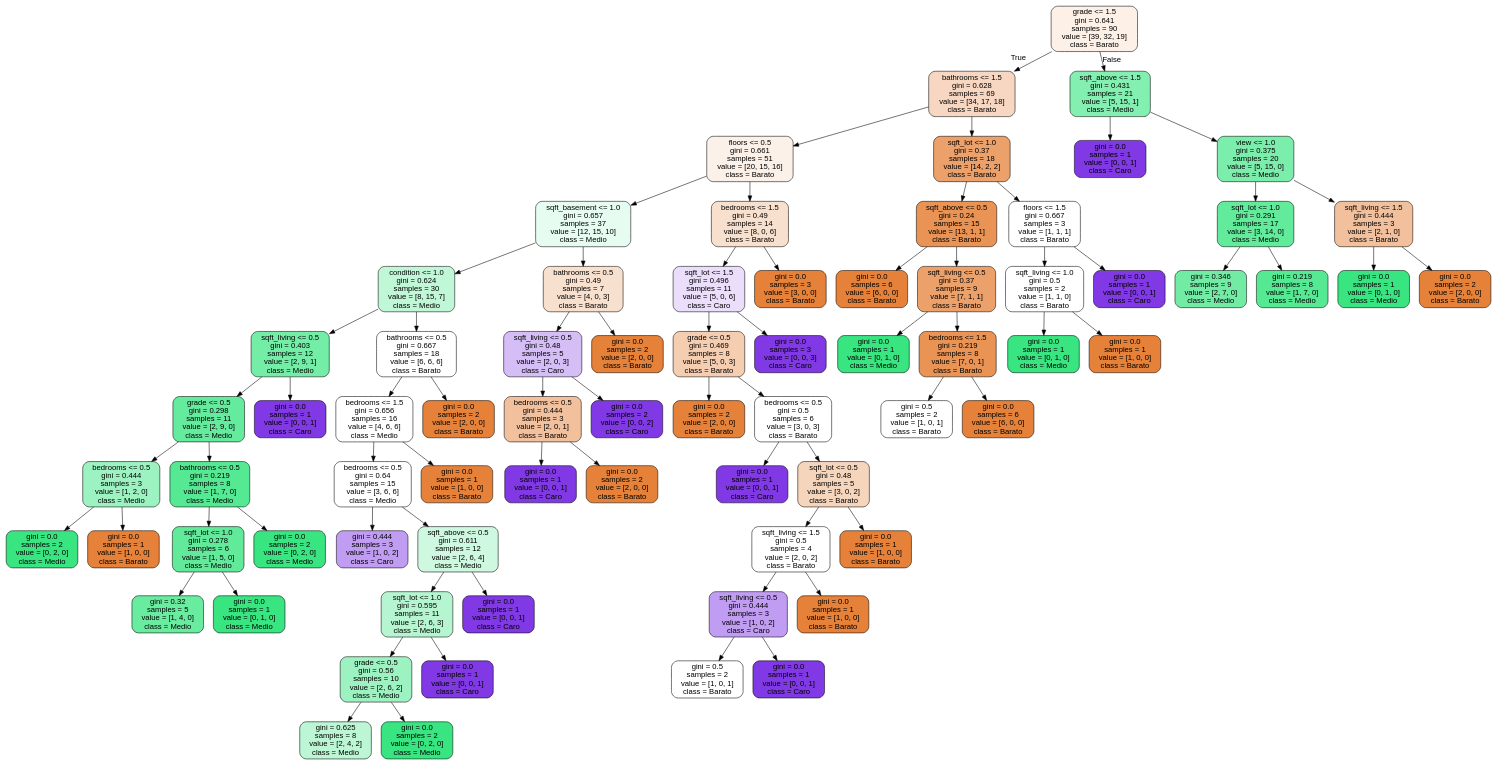
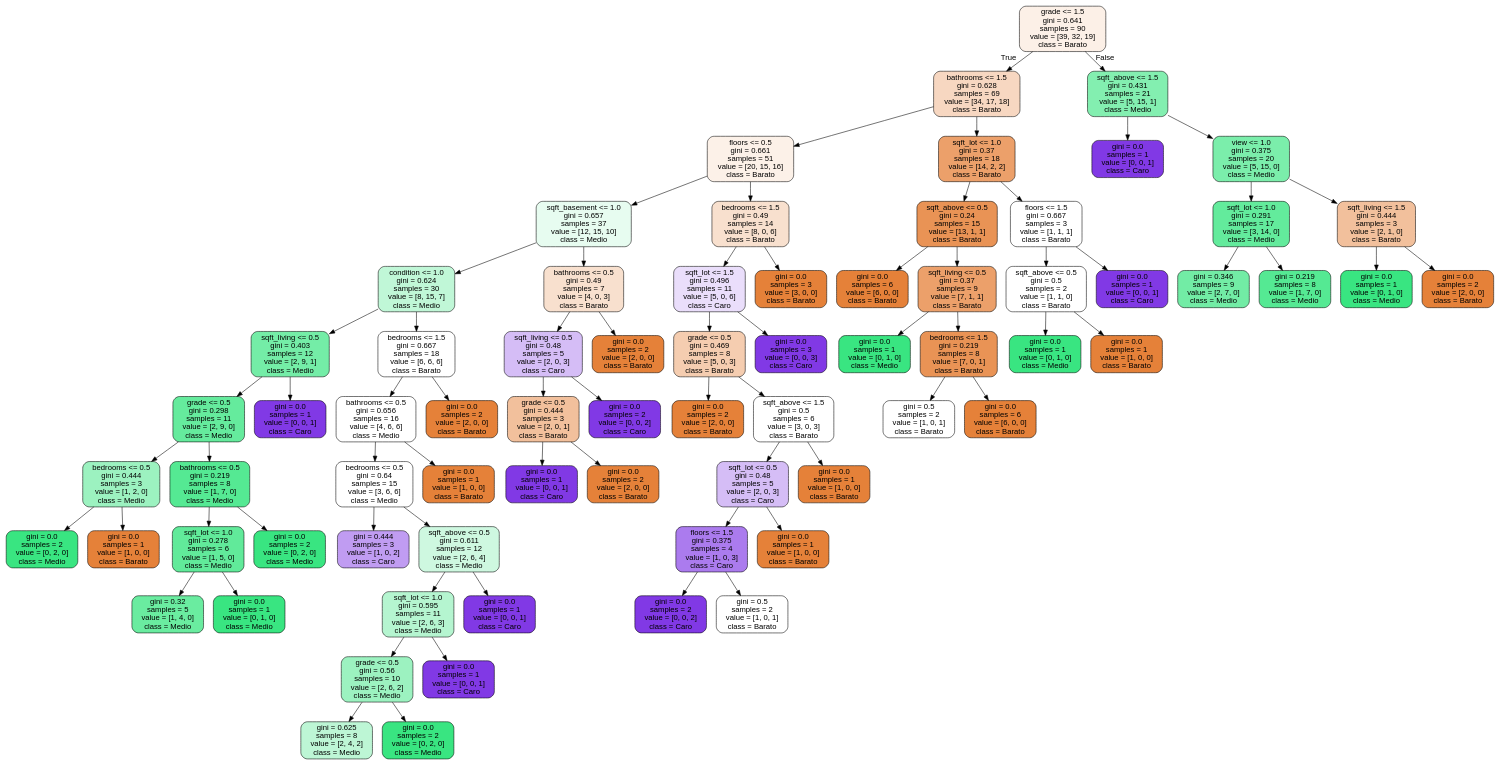
The diagram in chat_bot/aula1.dot (Costa-amanda/chatbot_pe), drawn with Graphviz before and after one commit. The commit also changed 7 other files, not shown here.

```diff
--- a/chat_bot/aula1.dot
+++ b/chat_bot/aula1.dot
@@ -1,149 +1,145 @@
 digraph Tree {
 node [shape=box, style="filled, rounded", color="black", fontname=helvetica] ;
 edge [fontname=helvetica] ;
 0 [label="grade <= 1.5\ngini = 0.641\nsamples = 90\nvalue = [39, 32, 19]\nclass = Barato", fillcolor="#fcf0e7"] ;
 1 [label="bathrooms <= 1.5\ngini = 0.628\nsamples = 69\nvalue = [34, 17, 18]\nclass = Barato", fillcolor="#f7d7c1"] ;
 0 -> 1 [labeldistance=2.5, labelangle=45, headlabel="True"] ;
 2 [label="floors <= 0.5\ngini = 0.661\nsamples = 51\nvalue = [20, 15, 16]\nclass = Barato", fillcolor="#fcf1e8"] ;
 1 -> 2 ;
 3 [label="sqft_basement <= 1.0\ngini = 0.657\nsamples = 37\nvalue = [12, 15, 10]\nclass = Medio", fillcolor="#e7fcf0"] ;
 2 -> 3 ;
 4 [label="condition <= 1.0\ngini = 0.624\nsamples = 30\nvalue = [8, 15, 7]\nclass = Medio", fillcolor="#c0f7d7"] ;
 3 -> 4 ;
 5 [label="sqft_living <= 0.5\ngini = 0.403\nsamples = 12\nvalue = [2, 9, 1]\nclass = Medio", fillcolor="#74eda7"] ;
 4 -> 5 ;
 6 [label="grade <= 0.5\ngini = 0.298\nsamples = 11\nvalue = [2, 9, 0]\nclass = Medio", fillcolor="#65eb9d"] ;
 5 -> 6 ;
 7 [label="bedrooms <= 0.5\ngini = 0.444\nsamples = 3\nvalue = [1, 2, 0]\nclass = Medio", fillcolor="#9cf2c0"] ;
 6 -> 7 ;
 8 [label="gini = 0.0\nsamples = 2\nvalue = [0, 2, 0]\nclass = Medio", fillcolor="#39e581"] ;
 7 -> 8 ;
 9 [label="gini = 0.0\nsamples = 1\nvalue = [1, 0, 0]\nclass = Barato", fillcolor="#e58139"] ;
 7 -> 9 ;
 10 [label="bathrooms <= 0.5\ngini = 0.219\nsamples = 8\nvalue = [1, 7, 0]\nclass = Medio", fillcolor="#55e993"] ;
 6 -> 10 ;
 11 [label="sqft_lot <= 1.0\ngini = 0.278\nsamples = 6\nvalue = [1, 5, 0]\nclass = Medio", fillcolor="#61ea9a"] ;
 10 -> 11 ;
 12 [label="gini = 0.32\nsamples = 5\nvalue = [1, 4, 0]\nclass = Medio", fillcolor="#6aeca0"] ;
 11 -> 12 ;
 13 [label="gini = 0.0\nsamples = 1\nvalue = [0, 1, 0]\nclass = Medio", fillcolor="#39e581"] ;
 11 -> 13 ;
 14 [label="gini = 0.0\nsamples = 2\nvalue = [0, 2, 0]\nclass = Medio", fillcolor="#39e581"] ;
 10 -> 14 ;
 15 [label="gini = 0.0\nsamples = 1\nvalue = [0, 0, 1]\nclass = Caro", fillcolor="#8139e5"] ;
 5 -> 15 ;
-16 [label="bathrooms <= 0.5\ngini = 0.667\nsamples = 18\nvalue = [6, 6, 6]\nclass = Barato", fillcolor="#ffffff"] ;
+16 [label="bedrooms <= 1.5\ngini = 0.667\nsamples = 18\nvalue = [6, 6, 6]\nclass = Barato", fillcolor="#ffffff"] ;
 4 -> 16 ;
-17 [label="bedrooms <= 1.5\ngini = 0.656\nsamples = 16\nvalue = [4, 6, 6]\nclass = Medio", fillcolor="#ffffff"] ;
+17 [label="bathrooms <= 0.5\ngini = 0.656\nsamples = 16\nvalue = [4, 6, 6]\nclass = Medio", fillcolor="#ffffff"] ;
 16 -> 17 ;
 18 [label="bedrooms <= 0.5\ngini = 0.64\nsamples = 15\nvalue = [3, 6, 6]\nclass = Medio", fillcolor="#ffffff"] ;
 17 -> 18 ;
 19 [label="gini = 0.444\nsamples = 3\nvalue = [1, 0, 2]\nclass = Caro", fillcolor="#c09cf2"] ;
 18 -> 19 ;
 20 [label="sqft_above <= 0.5\ngini = 0.611\nsamples = 12\nvalue = [2, 6, 4]\nclass = Medio", fillcolor="#cef8e0"] ;
 18 -> 20 ;
 21 [label="sqft_lot <= 1.0\ngini = 0.595\nsamples = 11\nvalue = [2, 6, 3]\nclass = Medio", fillcolor="#b5f5d0"] ;
 20 -> 21 ;
 22 [label="grade <= 0.5\ngini = 0.56\nsamples = 10\nvalue = [2, 6, 2]\nclass = Medio", fillcolor="#9cf2c0"] ;
 21 -> 22 ;
 23 [label="gini = 0.625\nsamples = 8\nvalue = [2, 4, 2]\nclass = Medio", fillcolor="#bdf6d5"] ;
 22 -> 23 ;
 24 [label="gini = 0.0\nsamples = 2\nvalue = [0, 2, 0]\nclass = Medio", fillcolor="#39e581"] ;
 22 -> 24 ;
 25 [label="gini = 0.0\nsamples = 1\nvalue = [0, 0, 1]\nclass = Caro", fillcolor="#8139e5"] ;
 21 -> 25 ;
 26 [label="gini = 0.0\nsamples = 1\nvalue = [0, 0, 1]\nclass = Caro", fillcolor="#8139e5"] ;
 20 -> 26 ;
 27 [label="gini = 0.0\nsamples = 1\nvalue = [1, 0, 0]\nclass = Barato", fillcolor="#e58139"] ;
 17 -> 27 ;
 28 [label="gini = 0.0\nsamples = 2\nvalue = [2, 0, 0]\nclass = Barato", fillcolor="#e58139"] ;
 16 -> 28 ;
 29 [label="bathrooms <= 0.5\ngini = 0.49\nsamples = 7\nvalue = [4, 0, 3]\nclass = Barato", fillcolor="#f8e0ce"] ;
 3 -> 29 ;
 30 [label="sqft_living <= 0.5\ngini = 0.48\nsamples = 5\nvalue = [2, 0, 3]\nclass = Caro", fillcolor="#d5bdf6"] ;
 29 -> 30 ;
-31 [label="bedrooms <= 0.5\ngini = 0.444\nsamples = 3\nvalue = [2, 0, 1]\nclass = Barato", fillcolor="#f2c09c"] ;
+31 [label="grade <= 0.5\ngini = 0.444\nsamples = 3\nvalue = [2, 0, 1]\nclass = Barato", fillcolor="#f2c09c"] ;
 30 -> 31 ;
 32 [label="gini = 0.0\nsamples = 1\nvalue = [0, 0, 1]\nclass = Caro", fillcolor="#8139e5"] ;
 31 -> 32 ;
 33 [label="gini = 0.0\nsamples = 2\nvalue = [2, 0, 0]\nclass = Barato", fillcolor="#e58139"] ;
 31 -> 33 ;
 34 [label="gini = 0.0\nsamples = 2\nvalue = [0, 0, 2]\nclass = Caro", fillcolor="#8139e5"] ;
 30 -> 34 ;
 35 [label="gini = 0.0\nsamples = 2\nvalue = [2, 0, 0]\nclass = Barato", fillcolor="#e58139"] ;
 29 -> 35 ;
 36 [label="bedrooms <= 1.5\ngini = 0.49\nsamples = 14\nvalue = [8, 0, 6]\nclass = Barato", fillcolor="#f8e0ce"] ;
 2 -> 36 ;
 37 [label="sqft_lot <= 1.5\ngini = 0.496\nsamples = 11\nvalue = [5, 0, 6]\nclass = Caro", fillcolor="#eadefb"] ;
 36 -> 37 ;
 38 [label="grade <= 0.5\ngini = 0.469\nsamples = 8\nvalue = [5, 0, 3]\nclass = Barato", fillcolor="#f5cdb0"] ;
 37 -> 38 ;
 39 [label="gini = 0.0\nsamples = 2\nvalue = [2, 0, 0]\nclass = Barato", fillcolor="#e58139"] ;
 38 -> 39 ;
-40 [label="bedrooms <= 0.5\ngini = 0.5\nsamples = 6\nvalue = [3, 0, 3]\nclass = Barato", fillcolor="#ffffff"] ;
+40 [label="sqft_above <= 1.5\ngini = 0.5\nsamples = 6\nvalue = [3, 0, 3]\nclass = Barato", fillcolor="#ffffff"] ;
 38 -> 40 ;
-41 [label="gini = 0.0\nsamples = 1\nvalue = [0, 0, 1]\nclass = Caro", fillcolor="#8139e5"] ;
+41 [label="sqft_lot <= 0.5\ngini = 0.48\nsamples = 5\nvalue = [2, 0, 3]\nclass = Caro", fillcolor="#d5bdf6"] ;
 40 -> 41 ;
-42 [label="sqft_lot <= 0.5\ngini = 0.48\nsamples = 5\nvalue = [3, 0, 2]\nclass = Barato", fillcolor="#f6d5bd"] ;
-40 -> 42 ;
-43 [label="sqft_living <= 1.5\ngini = 0.5\nsamples = 4\nvalue = [2, 0, 2]\nclass = Barato", fillcolor="#ffffff"] ;
+42 [label="floors <= 1.5\ngini = 0.375\nsamples = 4\nvalue = [1, 0, 3]\nclass = Caro", fillcolor="#ab7bee"] ;
+41 -> 42 ;
+43 [label="gini = 0.0\nsamples = 2\nvalue = [0, 0, 2]\nclass = Caro", fillcolor="#8139e5"] ;
 42 -> 43 ;
-44 [label="sqft_living <= 0.5\ngini = 0.444\nsamples = 3\nvalue = [1, 0, 2]\nclass = Caro", fillcolor="#c09cf2"] ;
-43 -> 44 ;
-45 [label="gini = 0.5\nsamples = 2\nvalue = [1, 0, 1]\nclass = Barato", fillcolor="#ffffff"] ;
-44 -> 45 ;
-46 [label="gini = 0.0\nsamples = 1\nvalue = [0, 0, 1]\nclass = Caro", fillcolor="#8139e5"] ;
-44 -> 46 ;
-47 [label="gini = 0.0\nsamples = 1\nvalue = [1, 0, 0]\nclass = Barato", fillcolor="#e58139"] ;
-43 -> 47 ;
-48 [label="gini = 0.0\nsamples = 1\nvalue = [1, 0, 0]\nclass = Barato", fillcolor="#e58139"] ;
-42 -> 48 ;
-49 [label="gini = 0.0\nsamples = 3\nvalue = [0, 0, 3]\nclass = Caro", fillcolor="#8139e5"] ;
-37 -> 49 ;
-50 [label="gini = 0.0\nsamples = 3\nvalue = [3, 0, 0]\nclass = Barato", fillcolor="#e58139"] ;
-36 -> 50 ;
-51 [label="sqft_lot <= 1.0\ngini = 0.37\nsamples = 18\nvalue = [14, 2, 2]\nclass = Barato", fillcolor="#eca06a"] ;
-1 -> 51 ;
-52 [label="sqft_above <= 0.5\ngini = 0.24\nsamples = 15\nvalue = [13, 1, 1]\nclass = Barato", fillcolor="#e99355"] ;
-51 -> 52 ;
-53 [label="gini = 0.0\nsamples = 6\nvalue = [6, 0, 0]\nclass = Barato", fillcolor="#e58139"] ;
+44 [label="gini = 0.5\nsamples = 2\nvalue = [1, 0, 1]\nclass = Barato", fillcolor="#ffffff"] ;
+42 -> 44 ;
+45 [label="gini = 0.0\nsamples = 1\nvalue = [1, 0, 0]\nclass = Barato", fillcolor="#e58139"] ;
+41 -> 45 ;
+46 [label="gini = 0.0\nsamples = 1\nvalue = [1, 0, 0]\nclass = Barato", fillcolor="#e58139"] ;
+40 -> 46 ;
+47 [label="gini = 0.0\nsamples = 3\nvalue = [0, 0, 3]\nclass = Caro", fillcolor="#8139e5"] ;
+37 -> 47 ;
+48 [label="gini = 0.0\nsamples = 3\nvalue = [3, 0, 0]\nclass = Barato", fillcolor="#e58139"] ;
+36 -> 48 ;
+49 [label="sqft_lot <= 1.0\ngini = 0.37\nsamples = 18\nvalue = [14, 2, 2]\nclass = Barato", fillcolor="#eca06a"] ;
+1 -> 49 ;
+50 [label="sqft_above <= 0.5\ngini = 0.24\nsamples = 15\nvalue = [13, 1, 1]\nclass = Barato", fillcolor="#e99355"] ;
+49 -> 50 ;
+51 [label="gini = 0.0\nsamples = 6\nvalue = [6, 0, 0]\nclass = Barato", fillcolor="#e58139"] ;
+50 -> 51 ;
+52 [label="sqft_living <= 0.5\ngini = 0.37\nsamples = 9\nvalue = [7, 1, 1]\nclass = Barato", fillcolor="#eca06a"] ;
+50 -> 52 ;
+53 [label="gini = 0.0\nsamples = 1\nvalue = [0, 1, 0]\nclass = Medio", fillcolor="#39e581"] ;
 52 -> 53 ;
-54 [label="sqft_living <= 0.5\ngini = 0.37\nsamples = 9\nvalue = [7, 1, 1]\nclass = Barato", fillcolor="#eca06a"] ;
+54 [label="bedrooms <= 1.5\ngini = 0.219\nsamples = 8\nvalue = [7, 0, 1]\nclass = Barato", fillcolor="#e99355"] ;
 52 -> 54 ;
-55 [label="gini = 0.0\nsamples = 1\nvalue = [0, 1, 0]\nclass = Medio", fillcolor="#39e581"] ;
+55 [label="gini = 0.5\nsamples = 2\nvalue = [1, 0, 1]\nclass = Barato", fillcolor="#ffffff"] ;
 54 -> 55 ;
-56 [label="bedrooms <= 1.5\ngini = 0.219\nsamples = 8\nvalue = [7, 0, 1]\nclass = Barato", fillcolor="#e99355"] ;
+56 [label="gini = 0.0\nsamples = 6\nvalue = [6, 0, 0]\nclass = Barato", fillcolor="#e58139"] ;
 54 -> 56 ;
-57 [label="gini = 0.5\nsamples = 2\nvalue = [1, 0, 1]\nclass = Barato", fillcolor="#ffffff"] ;
-56 -> 57 ;
-58 [label="gini = 0.0\nsamples = 6\nvalue = [6, 0, 0]\nclass = Barato", fillcolor="#e58139"] ;
-56 -> 58 ;
-59 [label="floors <= 1.5\ngini = 0.667\nsamples = 3\nvalue = [1, 1, 1]\nclass = Barato", fillcolor="#ffffff"] ;
-51 -> 59 ;
-60 [label="sqft_living <= 1.0\ngini = 0.5\nsamples = 2\nvalue = [1, 1, 0]\nclass = Barato", fillcolor="#ffffff"] ;
-59 -> 60 ;
-61 [label="gini = 0.0\nsamples = 1\nvalue = [0, 1, 0]\nclass = Medio", fillcolor="#39e581"] ;
-60 -> 61 ;
-62 [label="gini = 0.0\nsamples = 1\nvalue = [1, 0, 0]\nclass = Barato", fillcolor="#e58139"] ;
-60 -> 62 ;
+57 [label="floors <= 1.5\ngini = 0.667\nsamples = 3\nvalue = [1, 1, 1]\nclass = Barato", fillcolor="#ffffff"] ;
+49 -> 57 ;
+58 [label="sqft_above <= 0.5\ngini = 0.5\nsamples = 2\nvalue = [1, 1, 0]\nclass = Barato", fillcolor="#ffffff"] ;
+57 -> 58 ;
+59 [label="gini = 0.0\nsamples = 1\nvalue = [0, 1, 0]\nclass = Medio", fillcolor="#39e581"] ;
+58 -> 59 ;
+60 [label="gini = 0.0\nsamples = 1\nvalue = [1, 0, 0]\nclass = Barato", fillcolor="#e58139"] ;
+58 -> 60 ;
+61 [label="gini = 0.0\nsamples = 1\nvalue = [0, 0, 1]\nclass = Caro", fillcolor="#8139e5"] ;
+57 -> 61 ;
+62 [label="sqft_above <= 1.5\ngini = 0.431\nsamples = 21\nvalue = [5, 15, 1]\nclass = Medio", fillcolor="#83efb0"] ;
+0 -> 62 [labeldistance=2.5, labelangle=-45, headlabel="False"] ;
 63 [label="gini = 0.0\nsamples = 1\nvalue = [0, 0, 1]\nclass = Caro", fillcolor="#8139e5"] ;
-59 -> 63 ;
-64 [label="sqft_above <= 1.5\ngini = 0.431\nsamples = 21\nvalue = [5, 15, 1]\nclass = Medio", fillcolor="#83efb0"] ;
-0 -> 64 [labeldistance=2.5, labelangle=-45, headlabel="False"] ;
-65 [label="gini = 0.0\nsamples = 1\nvalue = [0, 0, 1]\nclass = Caro", fillcolor="#8139e5"] ;
+62 -> 63 ;
+64 [label="view <= 1.0\ngini = 0.375\nsamples = 20\nvalue = [5, 15, 0]\nclass = Medio", fillcolor="#7beeab"] ;
+62 -> 64 ;
+65 [label="sqft_lot <= 1.0\ngini = 0.291\nsamples = 17\nvalue = [3, 14, 0]\nclass = Medio", fillcolor="#63eb9c"] ;
 64 -> 65 ;
-66 [label="view <= 1.0\ngini = 0.375\nsamples = 20\nvalue = [5, 15, 0]\nclass = Medio", fillcolor="#7beeab"] ;
-64 -> 66 ;
-67 [label="sqft_lot <= 1.0\ngini = 0.291\nsamples = 17\nvalue = [3, 14, 0]\nclass = Medio", fillcolor="#63eb9c"] ;
-66 -> 67 ;
-68 [label="gini = 0.346\nsamples = 9\nvalue = [2, 7, 0]\nclass = Medio", fillcolor="#72eca5"] ;
-67 -> 68 ;
-69 [label="gini = 0.219\nsamples = 8\nvalue = [1, 7, 0]\nclass = Medio", fillcolor="#55e993"] ;
-67 -> 69 ;
-70 [label="sqft_living <= 1.5\ngini = 0.444\nsamples = 3\nvalue = [2, 1, 0]\nclass = Barato", fillcolor="#f2c09c"] ;
-66 -> 70 ;
-71 [label="gini = 0.0\nsamples = 1\nvalue = [0, 1, 0]\nclass = Medio", fillcolor="#39e581"] ;
-70 -> 71 ;
-72 [label="gini = 0.0\nsamples = 2\nvalue = [2, 0, 0]\nclass = Barato", fillcolor="#e58139"] ;
-70 -> 72 ;
+66 [label="gini = 0.346\nsamples = 9\nvalue = [2, 7, 0]\nclass = Medio", fillcolor="#72eca5"] ;
+65 -> 66 ;
+67 [label="gini = 0.219\nsamples = 8\nvalue = [1, 7, 0]\nclass = Medio", fillcolor="#55e993"] ;
+65 -> 67 ;
+68 [label="sqft_living <= 1.5\ngini = 0.444\nsamples = 3\nvalue = [2, 1, 0]\nclass = Barato", fillcolor="#f2c09c"] ;
+64 -> 68 ;
+69 [label="gini = 0.0\nsamples = 1\nvalue = [0, 1, 0]\nclass = Medio", fillcolor="#39e581"] ;
+68 -> 69 ;
+70 [label="gini = 0.0\nsamples = 2\nvalue = [2, 0, 0]\nclass = Barato", fillcolor="#e58139"] ;
+68 -> 70 ;
 }
```
